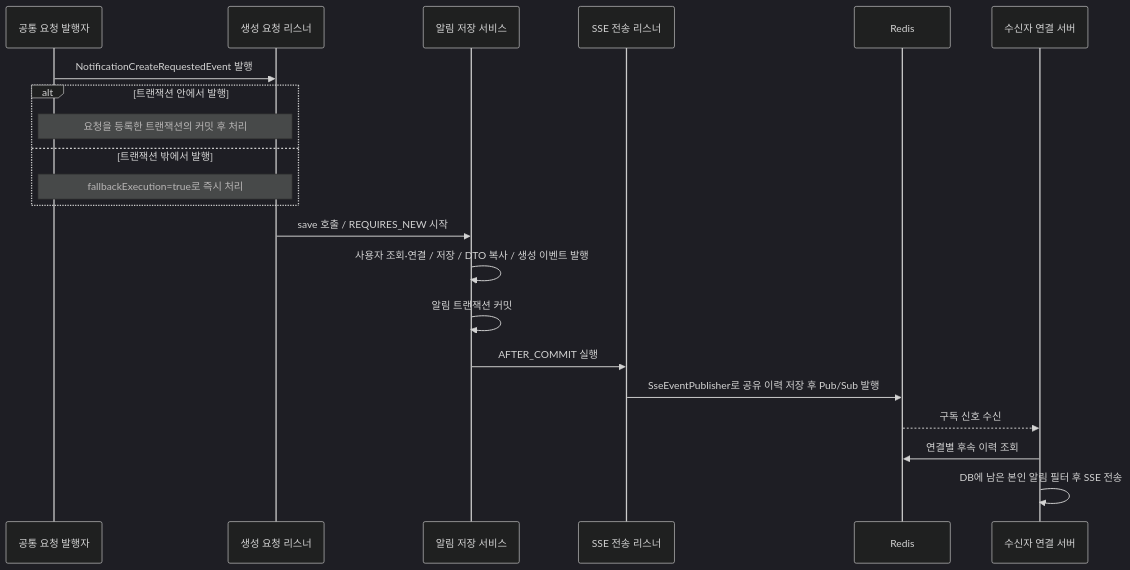
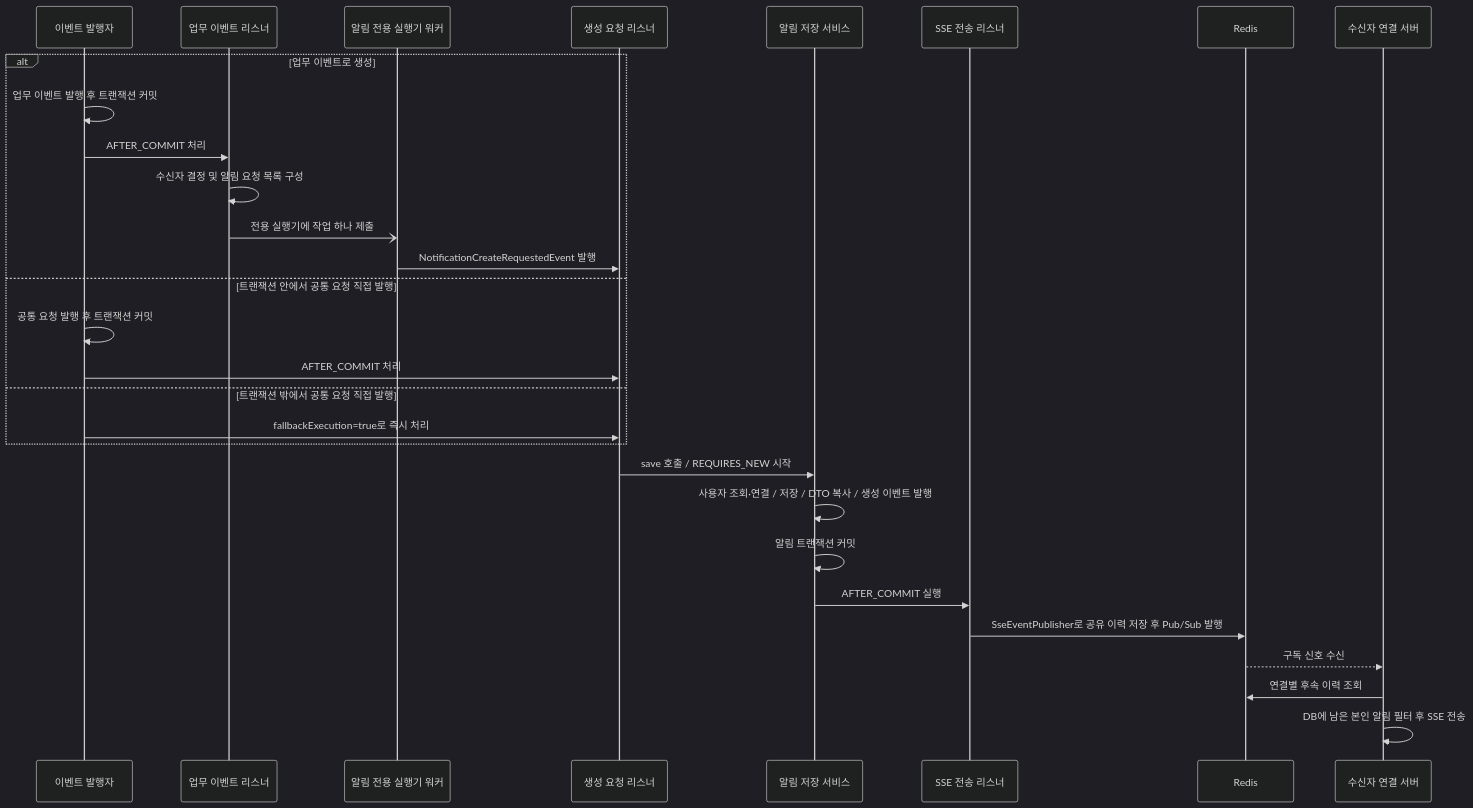
Before and after one commit to codeit-backend13-part4-team1/playlist_for_everyone: the diagram in docs/notification/01-creation-and-delivery.md, drawn with Mermaid (dark theme). The commit also changed other lines of this file and 12 other files, not shown here.

````diff
--- a/docs/notification/01-creation-and-delivery.md
+++ b/docs/notification/01-creation-and-delivery.md
@@ -45,23 +47,31 @@
 ```mermaid
 sequenceDiagram
-    participant B as 공통 요청 발행자
+    participant B as 이벤트 발행자
+    participant D as 업무 이벤트 리스너
+    participant W as 알림 전용 실행기 워커
     participant R as 생성 요청 리스너
     participant N as 알림 저장 서비스
     participant S as SSE 전송 리스너
     participant Redis as Redis
     participant C as 수신자 연결 서버
-    B->>R: NotificationCreateRequestedEvent 발행
-    alt 트랜잭션 안에서 발행
-        Note over B,R: 요청을 등록한 트랜잭션의 커밋 후 처리
-    else 트랜잭션 밖에서 발행
-        Note over B,R: fallbackExecution=true로 즉시 처리
+    alt 업무 이벤트로 생성
+        B->>B: 업무 이벤트 발행 후 트랜잭션 커밋
+        B->>D: AFTER_COMMIT 처리
+        D->>D: 수신자 결정 및 알림 요청 목록 구성
+        D-)W: 전용 실행기에 작업 하나 제출
+        W->>R: NotificationCreateRequestedEvent 발행
+    else 트랜잭션 안에서 공통 요청 직접 발행
+        B->>B: 공통 요청 발행 후 트랜잭션 커밋
+        B->>R: AFTER_COMMIT 처리
+    else 트랜잭션 밖에서 공통 요청 직접 발행
+        B->>R: fallbackExecution=true로 즉시 처리
     end
     R->>N: save 호출 / REQUIRES_NEW 시작
     N->>N: 사용자 조회·연결 / 저장 / DTO 복사 / 생성 이벤트 발행
     N->>N: 알림 트랜잭션 커밋
     N->>S: AFTER_COMMIT 실행
     S->>Redis: SseEventPublisher로 공유 이력 저장 후 Pub/Sub 발행
     Redis-->>C: 구독 신호 수신
     C->>Redis: 연결별 후속 이력 조회
     C->>C: DB에 남은 본인 알림 필터 후 SSE 전송
 ```
````
